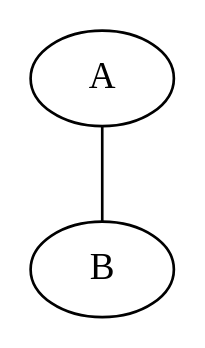
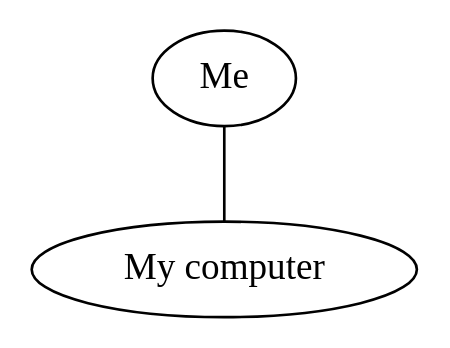
Before and after one commit to richelbilderbeek/boost_graph_cookbook_1: the diagram in BoostGraphTutorial/create_named_vertices_k2_graph.dot, drawn with Graphviz. The commit also changed 186 other files, not shown here.

```diff
--- a/BoostGraphTutorial/create_named_vertices_k2_graph.dot
+++ b/BoostGraphTutorial/create_named_vertices_k2_graph.dot
@@ -1,5 +1,5 @@
 graph G {
-0[label=A];
-1[label=B];
+0[label=Me];
+1[label="My computer"];
 0--1 ;
 }
```
